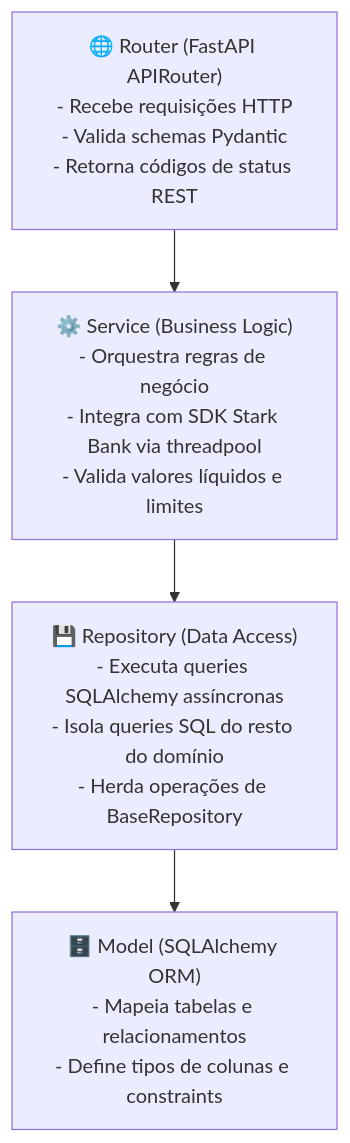
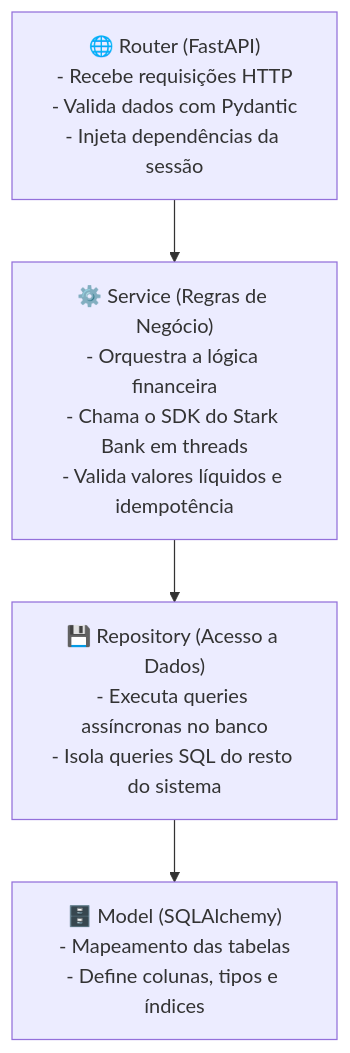
Before and after one commit to JhonatanRian/webhook-payment: the first of 2 diagrams in docs/architecture.md, drawn with Mermaid. The commit also changed other lines of this file and 12 other files, not shown here.

````diff
--- a/docs/architecture.md
+++ b/docs/architecture.md
@@ -55,14 +53,14 @@
 ```mermaid
 flowchart TD
-    ROUTER["🌐 Router (FastAPI APIRouter)\n- Recebe requisições HTTP\n- Valida schemas Pydantic\n- Retorna códigos de status REST"]
+    ROUTER["🌐 Router (FastAPI)\n- Recebe requisições HTTP\n- Valida dados com Pydantic\n- Injeta dependências da sessão"]
     
-    SERVICE["⚙️ Service (Business Logic)\n- Orquestra regras de negócio\n- Integra com SDK Stark Bank via threadpool\n- Valida valores líquidos e limites"]
+    SERVICE["⚙️ Service (Regras de Negócio)\n- Orquestra a lógica financeira\n- Chama o SDK do Stark Bank em threads\n- Valida valores líquidos e idempotência"]
     
-    REPO["💾 Repository (Data Access)\n- Executa queries SQLAlchemy assíncronas\n- Isola queries SQL do resto do domínio\n- Herda operações de BaseRepository"]
+    REPO["💾 Repository (Acesso a Dados)\n- Executa queries assíncronas no banco\n- Isola queries SQL do resto do sistema"]
     
-    MODEL["🗄️ Model (SQLAlchemy ORM)\n- Mapeia tabelas e relacionamentos\n- Define tipos de colunas e constraints"]
+    MODEL["🗄️ Model (SQLAlchemy)\n- Mapeamento das tabelas\n- Define colunas, tipos e índices"]
 
     ROUTER --> SERVICE
     SERVICE --> REPO
     REPO --> MODEL
 ```
````
